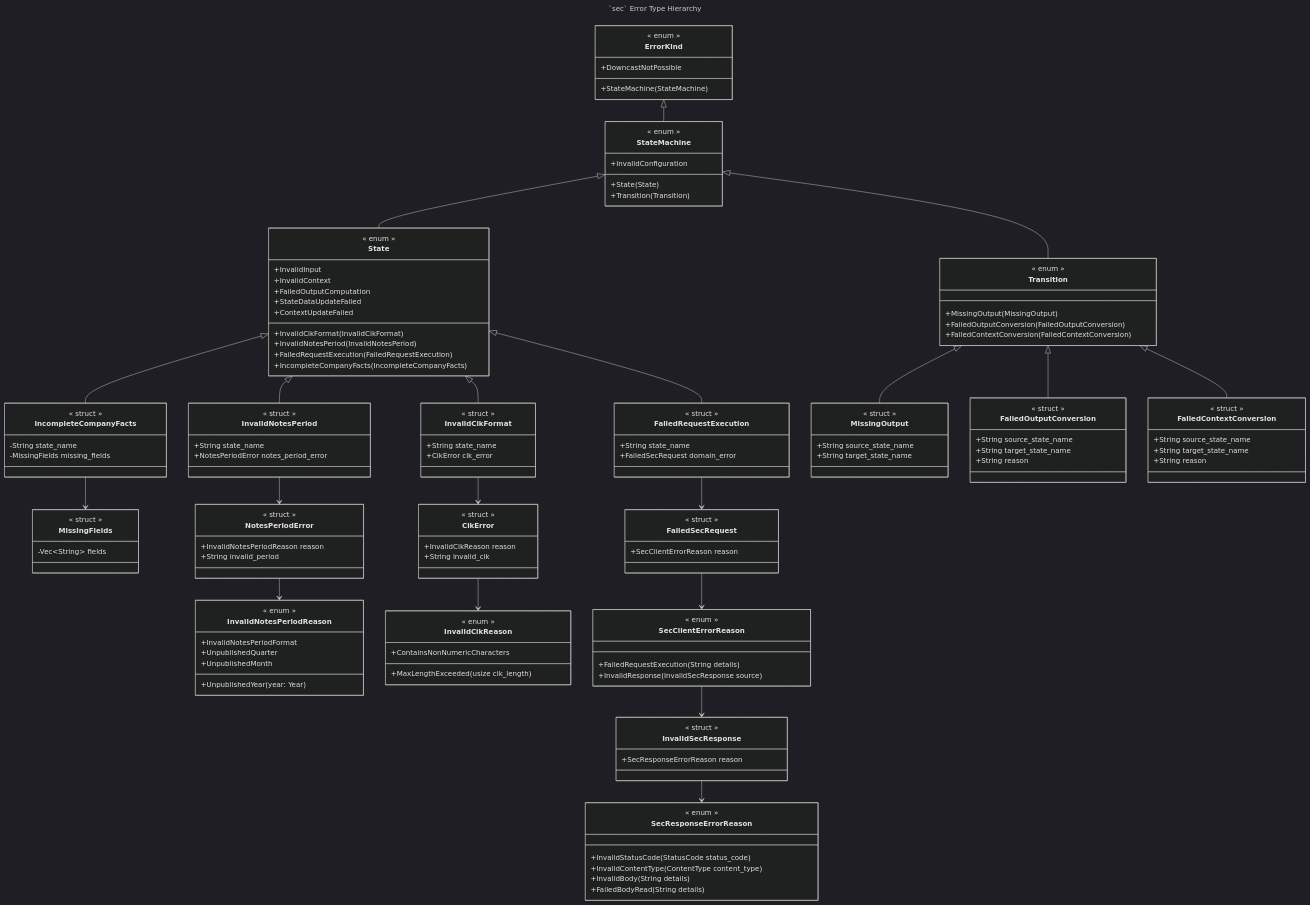
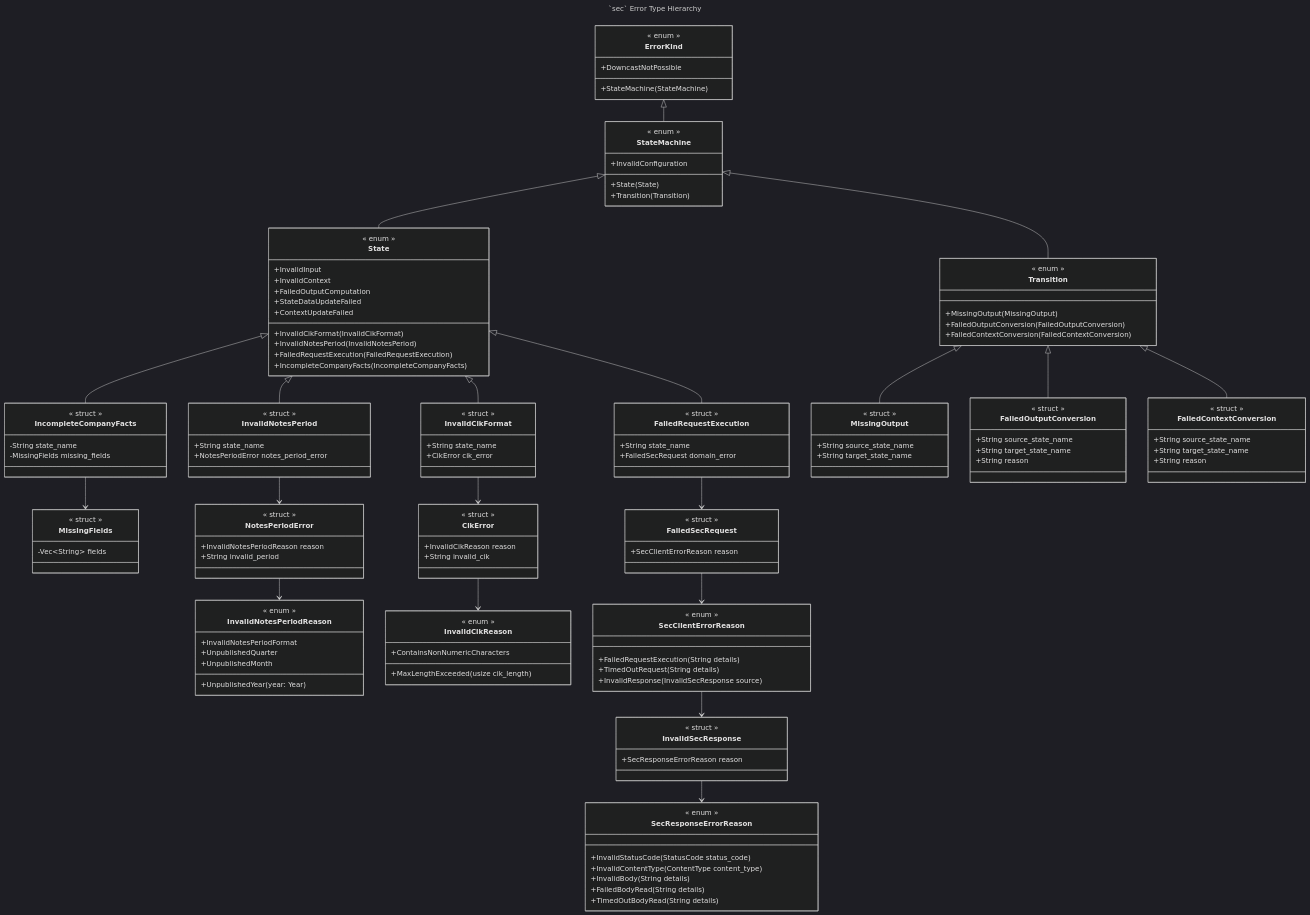
One commit to ironcapitaleu/arkad changed the third of 3 diagrams in README.md. Above: the diagram before and after it, drawn with Mermaid (dark theme). The commit also changed 10 other files, not shown here.

First line of the commit message:
feat(sec): time out a stalled SEC request (#407)

```diff
--- a/README.md
+++ b/README.md
@@ -389,6 +389,7 @@
         << enum >>
         %% `sec_client::error::ErrorReason`, renamed here for diagram uniqueness
         +FailedRequestExecution(String details)
+        +TimedOutRequest(String details)
         +InvalidResponse(InvalidSecResponse source)
     }
 
@@ -405,6 +406,7 @@
         +InvalidContentType(ContentType content_type)
         +InvalidBody(String details)
         +FailedBodyRead(String details)
+        +TimedOutBodyRead(String details)
     }
 
     %% Error hierarchy relationships
```
